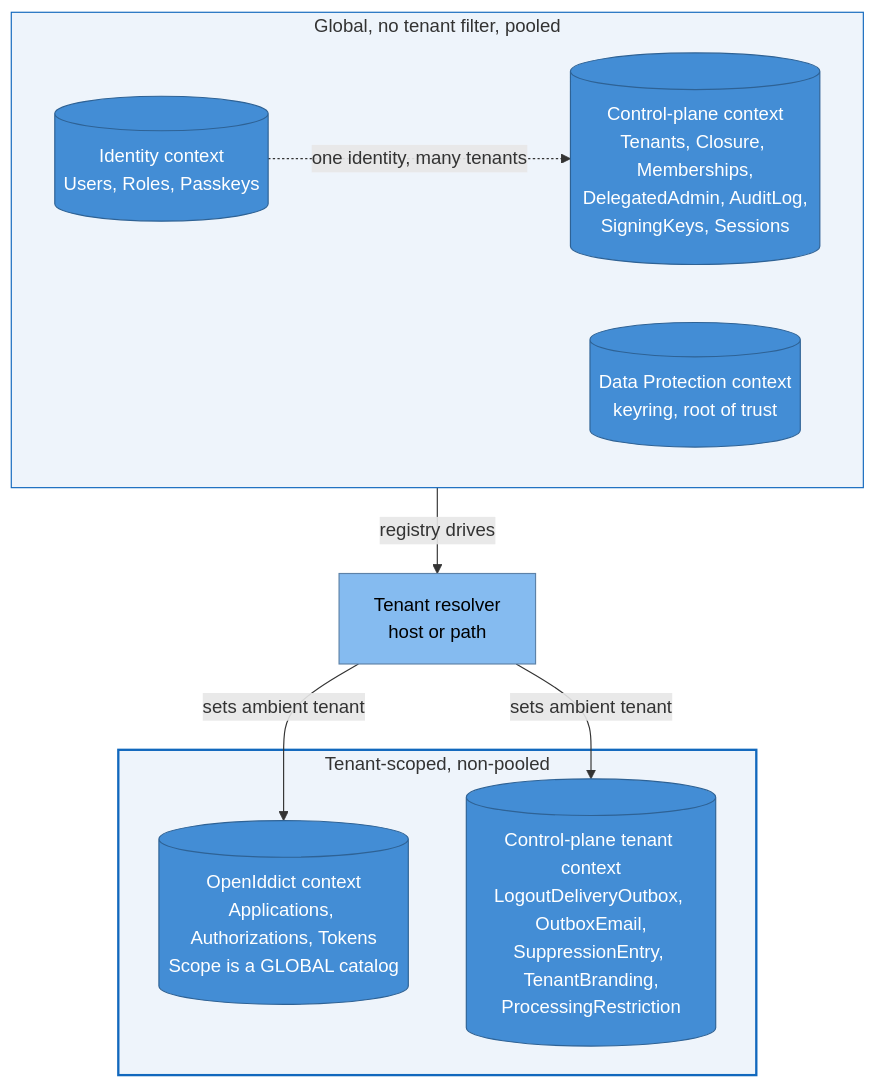
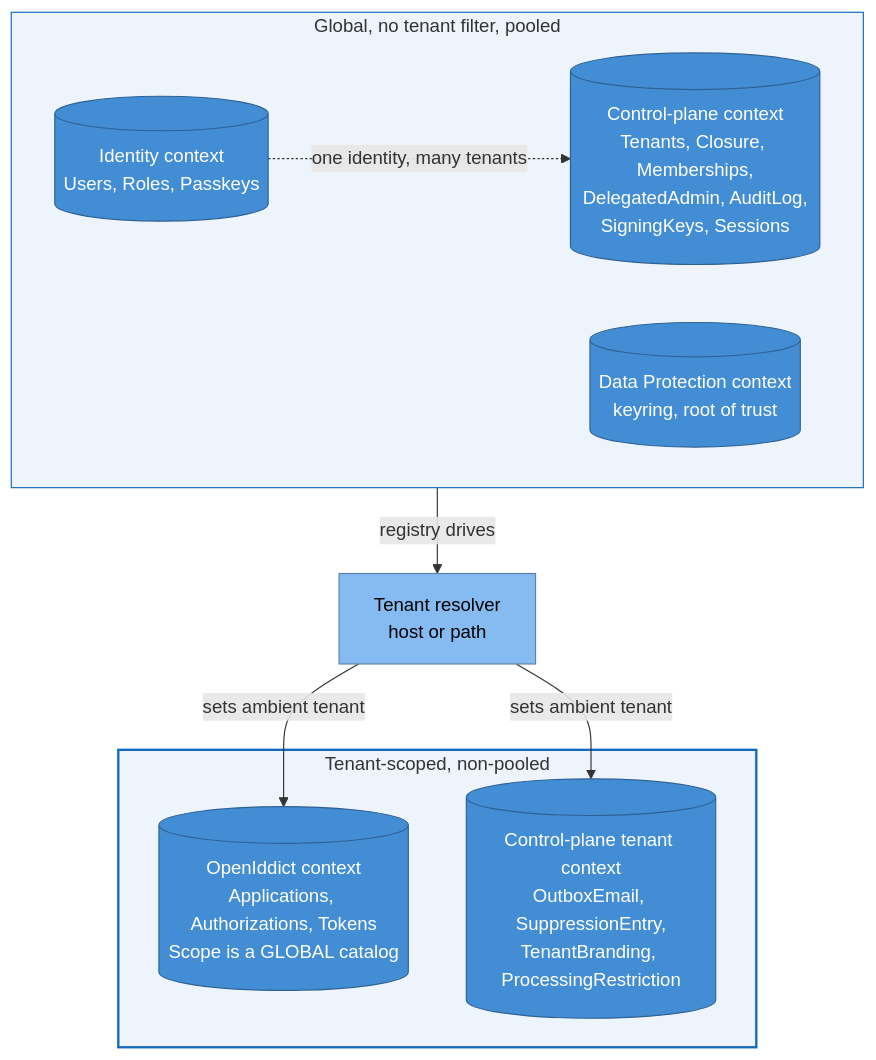
One commit to namphuongtran/nami changed the first of 6 diagrams in docs/architecture/12-data-architecture.md. Above: the diagram before and after it, drawn with Mermaid. The commit also changed other lines of this file and 3 other files, not shown here.

````diff
--- a/docs/architecture/12-data-architecture.md
+++ b/docs/architecture/12-data-architecture.md
@@ -34,25 +34,25 @@
 ```mermaid
 graph TB
   res[Tenant resolver<br/>host or path]:::comp
 
   subgraph TS[Tenant-scoped, non-pooled]
     oi[(OpenIddict context<br/>Applications, Authorizations, Tokens<br/>Scope is a GLOBAL catalog)]:::store
-    cpt[(Control-plane tenant context<br/>LogoutDeliveryOutbox, OutboxEmail,<br/>SuppressionEntry, TenantBranding,<br/>ProcessingRestriction)]:::store
+    cpt[(Control-plane tenant context<br/>OutboxEmail, SuppressionEntry,<br/>TenantBranding, ProcessingRestriction)]:::store
   end
   subgraph GL[Global, no tenant filter, pooled]
     direction LR
     id[(Identity context<br/>Users, Roles, Passkeys)]:::store
     dp[(Data Protection context<br/>keyring, root of trust)]:::store
     cp[(Control-plane context<br/>Tenants, Closure, Memberships,<br/>DelegatedAdmin, AuditLog,<br/>SigningKeys, Sessions)]:::store
   end
 
   res -->|sets ambient tenant| oi
   res -->|sets ambient tenant| cpt
   cp -->|registry drives| res
   id -.->|one identity, many tenants| cp
 
   classDef comp fill:#85bbf0,stroke:#5d82a8,color:#000000
   classDef store fill:#438dd5,stroke:#2e6295,color:#ffffff
   style TS fill:#eef4fb,stroke:#1168bd,stroke-width:2px
   style GL fill:#eef4fb,stroke:#1168bd,stroke-width:1px
 ```
````
